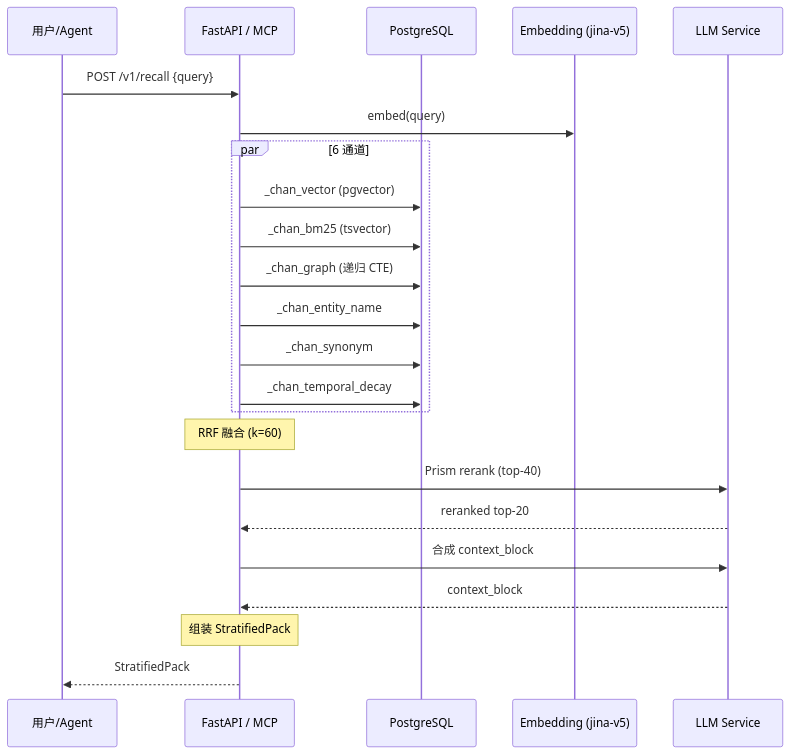
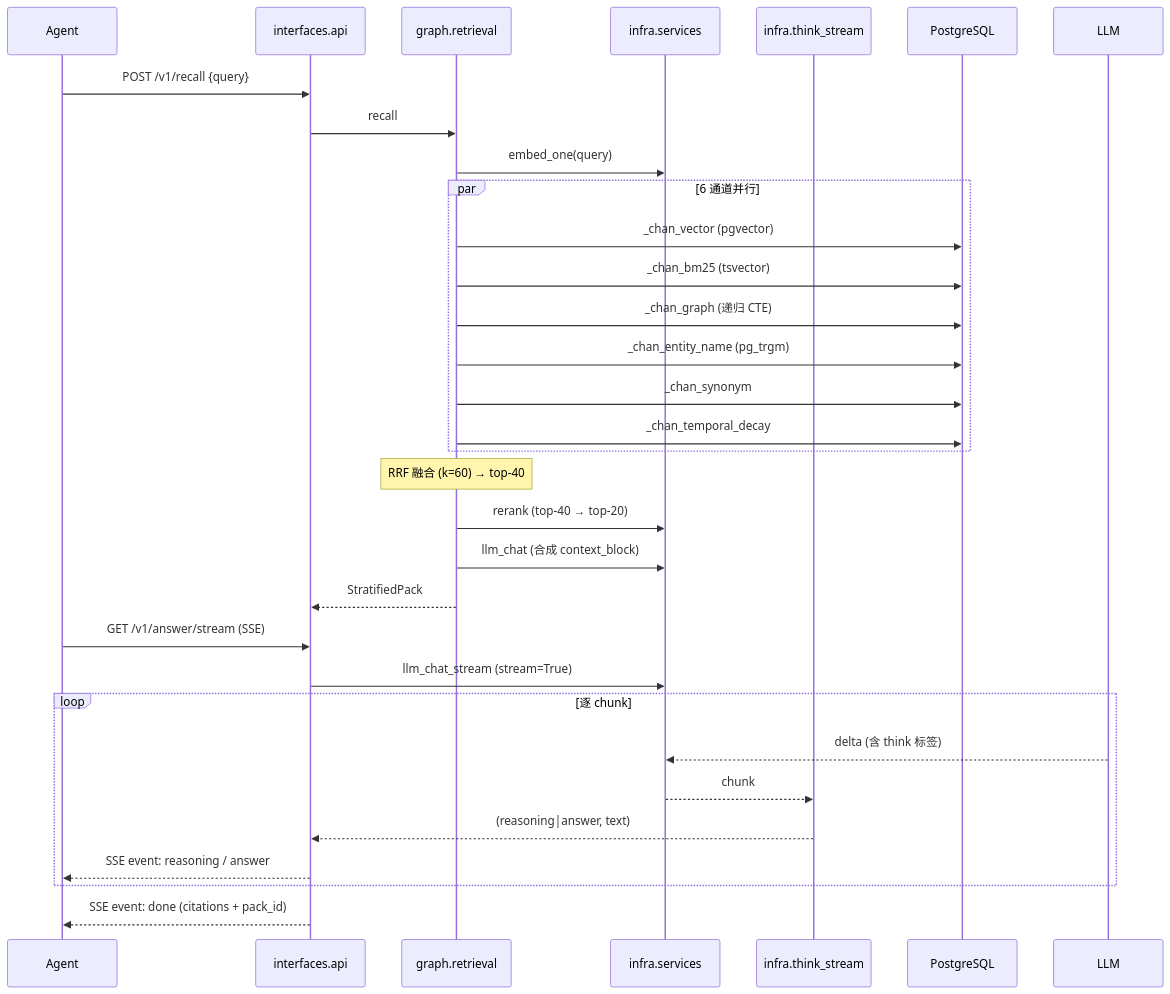
The eighth of 9 diagrams in source/chapters/19-architecture-diagrams.md (pty819/cortex-py-book), drawn with Mermaid before and after one commit. The commit also changed other lines of this file and 7 other files, not shown here.

First line of the commit message:
docs: 第19章重写为完整 4+1 视图 + 全书模块路径迁移到 4 子包

````diff
--- a/source/chapters/19-architecture-diagrams.md
+++ b/source/chapters/19-architecture-diagrams.md
@@ -88,32 +412,36 @@
 ```{mermaid}
 sequenceDiagram
-    participant U as 用户/Agent
-    participant API as FastAPI / MCP
+    participant A as Agent
+    participant API as interfaces.api
+    participant RET as graph.retrieval
+    participant SVC as infra.services
+    participant TS as infra.think_stream
     participant DB as PostgreSQL
-    participant EMB as Embedding (jina-v5)
-    participant LLM as LLM Service
-    
-    U->>API: POST /v1/recall {query}
-    API->>EMB: embed(query)
-    
-    par 6 通道
-        API->>DB: _chan_vector (pgvector)
-        API->>DB: _chan_bm25 (tsvector)
-        API->>DB: _chan_graph (递归 CTE)
-        API->>DB: _chan_entity_name
-        API->>DB: _chan_synonym
-        API->>DB: _chan_temporal_decay
+    participant LLM as LLM
+
+    A->>API: POST /v1/recall {query}
+    API->>RET: recall
+    RET->>SVC: embed_one(query)
+    par 6 通道并行
+        RET->>DB: _chan_vector (pgvector)
+        RET->>DB: _chan_bm25 (tsvector)
+        RET->>DB: _chan_graph (递归 CTE)
+        RET->>DB: _chan_entity_name (pg_trgm)
+        RET->>DB: _chan_synonym
+        RET->>DB: _chan_temporal_decay
     end
-    
-    Note over API: RRF 融合 (k=60)
-    
-    API->>LLM: Prism rerank (top-40)
-    LLM-->>API: reranked top-20
-    
-    API->>LLM: 合成 context_block
-    LLM-->>API: context_block
-    
-    Note over API: 组装 StratifiedPack
-    
-    API-->>U: StratifiedPack
+    Note over RET: RRF 融合 (k=60) → top-40
+    RET->>SVC: rerank (top-40 → top-20)
+    RET->>SVC: llm_chat (合成 context_block)
+    RET-->>API: StratifiedPack
+
+    A->>API: GET /v1/answer/stream (SSE)
+    API->>SVC: llm_chat_stream (stream=True)
+    loop 逐 chunk
+        LLM-->>SVC: delta (含 think 标签)
+        SVC-->>TS: chunk
+        TS-->>API: (reasoning|answer, text)
+        API-->>A: SSE event: reasoning / answer
+    end
+    API-->>A: SSE event: done (citations + pack_id)
 ```
````
